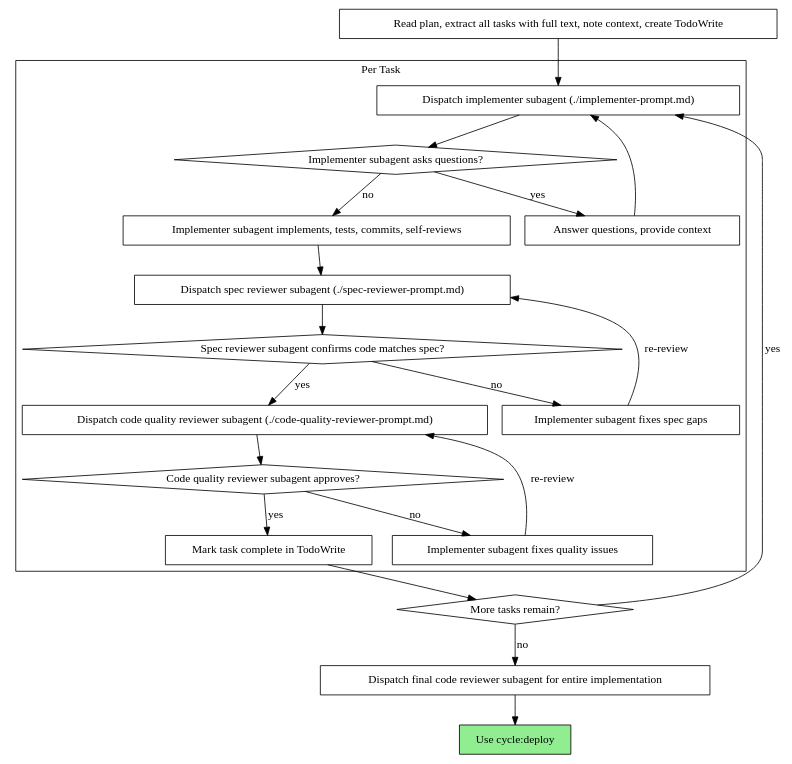
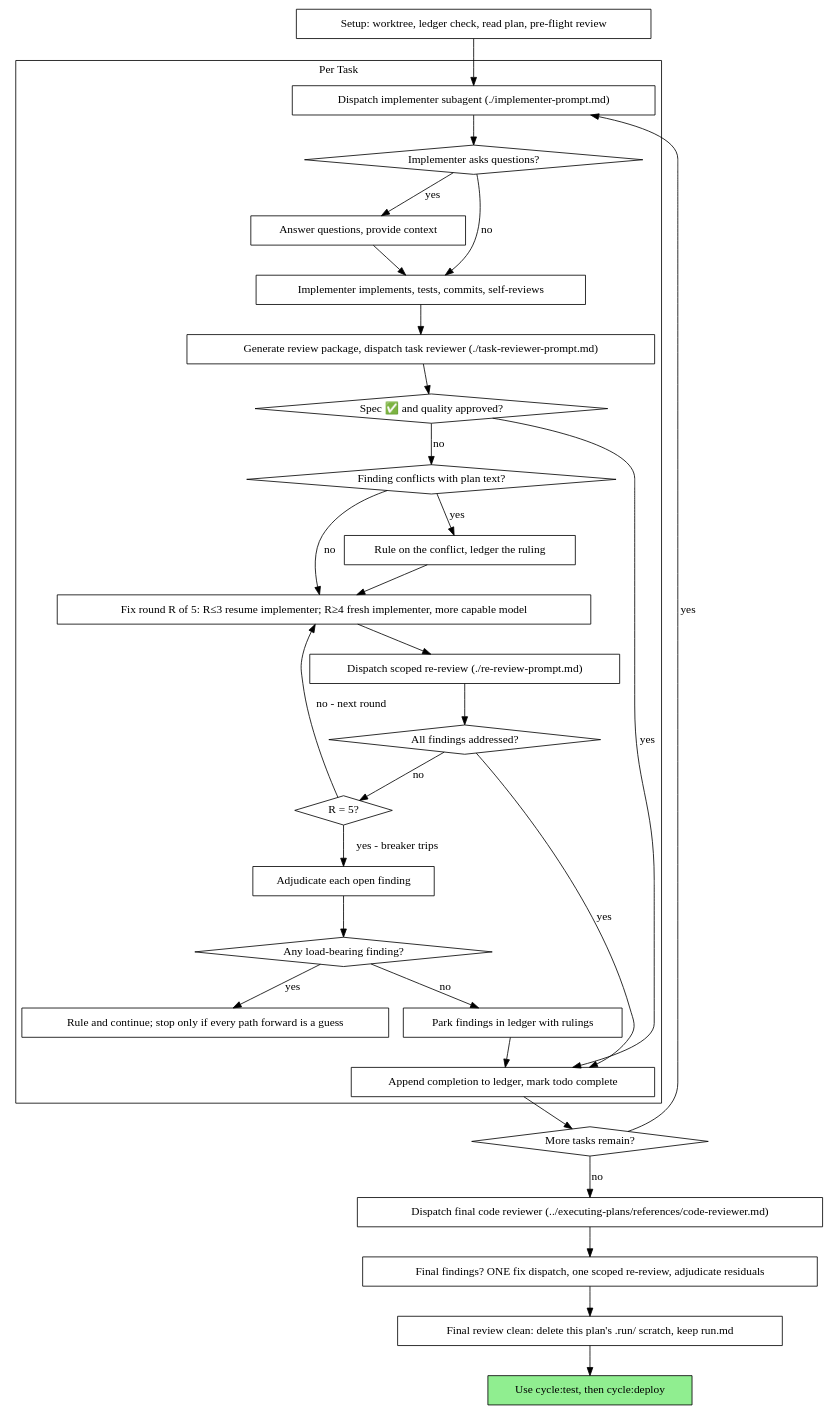
The second of 2 diagrams in skills/subagent-driven-development/SKILL.md (guiloureiromkt/cycle-engineering), drawn with Graphviz before and after one commit. The commit also changed other lines of this file and 24 other files, not shown here.

First line of the commit message:
cycle 0.8.0: an accepted plan runs to the end unattended

````diff
--- a/skills/subagent-driven-development/SKILL.md
+++ b/skills/subagent-driven-development/SKILL.md
@@ -44,44 +83,62 @@
 ```dot
 digraph process {
     rankdir=TB;
 
     subgraph cluster_per_task {
         label="Per Task";
         "Dispatch implementer subagent (./implementer-prompt.md)" [shape=box];
-        "Implementer subagent asks questions?" [shape=diamond];
+        "Implementer asks questions?" [shape=diamond];
         "Answer questions, provide context" [shape=box];
-        "Implementer subagent implements, tests, commits, self-reviews" [shape=box];
-        "Dispatch spec reviewer subagent (./spec-reviewer-prompt.md)" [shape=box];
-        "Spec reviewer subagent confirms code matches spec?" [shape=diamond];
-        "Implementer subagent fixes spec gaps" [shape=box];
-        "Dispatch code quality reviewer subagent (./code-quality-reviewer-prompt.md)" [shape=box];
-        "Code quality reviewer subagent approves?" [shape=diamond];
-        "Implementer subagent fixes quality issues" [shape=box];
-        "Mark task complete in TodoWrite" [shape=box];
+        "Implementer implements, tests, commits, self-reviews" [shape=box];
+        "Generate review package, dispatch task reviewer (./task-reviewer-prompt.md)" [shape=box];
+        "Spec ✅ and quality approved?" [shape=diamond];
+        "Finding conflicts with plan text?" [shape=diamond];
+        "Rule on the conflict, ledger the ruling" [shape=box];
+        "Fix round R of 5: R≤3 resume implementer; R≥4 fresh implementer, more capable model" [shape=box];
+        "Dispatch scoped re-review (./re-review-prompt.md)" [shape=box];
+        "All findings addressed?" [shape=diamond];
+        "R = 5?" [shape=diamond];
+        "Adjudicate each open finding" [shape=box];
+        "Any load-bearing finding?" [shape=diamond];
+        "Rule and continue; stop only if every path forward is a guess" [shape=box];
+        "Park findings in ledger with rulings" [shape=box];
+        "Append completion to ledger, mark todo complete" [shape=box];
     }
 
-    "Read plan, extract all tasks with full text, note context, create TodoWrite" [shape=box];
+    "Setup: worktree, ledger check, read plan, pre-flight review" [shape=box];
     "More tasks remain?" [shape=diamond];
-    "Dispatch final code reviewer subagent for entire implementation" [shape=box];
-    "Use cycle:deploy" [shape=box style=filled fillcolor=lightgreen];
+    "Dispatch final code reviewer (../executing-plans/references/code-reviewer.md)" [shape=box];
+    "Final findings? ONE fix dispatch, one scoped re-review, adjudicate residuals" [shape=box];
+    "Final review clean: delete this plan's .run/ scratch, keep run.md" [shape=box];
+    "Use cycle:test, then cycle:deploy" [shape=box style=filled fillcolor=lightgreen];
 
-    "Read plan, extract all tasks with full text, note context, create TodoWrite" -> "Dispatch implementer subagent (./implementer-prompt.md)";
-    "Dispatch implementer subagent (./implementer-prompt.md)" -> "Implementer subagent asks questions?";
-    "Implementer subagent asks questions?" -> "Answer questions, provide context" [label="yes"];
-    "Answer questions, provide context" -> "Dispatch implementer subagent (./implementer-prompt.md)";
-    "Implementer subagent asks questions?" -> "Implementer subagent implements, tests, commits, self-reviews" [label="no"];
-    "Implementer subagent implements, tests, commits, self-reviews" -> "Dispatch spec reviewer subagent (./spec-reviewer-prompt.md)";
-    "Dispatch spec reviewer subagent (./spec-reviewer-prompt.md)" -> "Spec reviewer subagent confirms code matches spec?";
-    "Spec reviewer subagent confirms code matches spec?" -> "Implementer subagent fixes spec gaps" [label="no"];
-    "Implementer subagent fixes spec gaps" -> "Dispatch spec reviewer subagent (./spec-reviewer-prompt.md)" [label="re-review"];
-    "Spec reviewer subagent confirms code matches spec?" -> "Dispatch code quality reviewer subagent (./code-quality-reviewer-prompt.md)" [label="yes"];
-    "Dispatch code quality reviewer subagent (./code-quality-reviewer-prompt.md)" -> "Code quality reviewer subagent approves?";
-    "Code quality reviewer subagent approves?" -> "Implementer subagent fixes quality issues" [label="no"];
-    "Implementer subagent fixes quality issues" -> "Dispatch code quality reviewer subagent (./code-quality-reviewer-prompt.md)" [label="re-review"];
-    "Code quality reviewer subagent approves?" -> "Mark task complete in TodoWrite" [label="yes"];
-    "Mark task complete in TodoWrite" -> "More tasks remain?";
+    "Setup: worktree, ledger check, read plan, pre-flight review" -> "Dispatch implementer subagent (./implementer-prompt.md)";
+    "Dispatch implementer subagent (./implementer-prompt.md)" -> "Implementer asks questions?";
+    "Implementer asks questions?" -> "Answer questions, provide context" [label="yes"];
+    "Answer questions, provide context" -> "Implementer implements, tests, commits, self-reviews";
+    "Implementer asks questions?" -> "Implementer implements, tests, commits, self-reviews" [label="no"];
+    "Implementer implements, tests, commits, self-reviews" -> "Generate review package, dispatch task reviewer (./task-reviewer-prompt.md)";
+    "Generate review package, dispatch task reviewer (./task-reviewer-prompt.md)" -> "Spec ✅ and quality approved?";
+    "Spec ✅ and quality approved?" -> "Append completion to ledger, mark todo complete" [label="yes"];
+    "Spec ✅ and quality approved?" -> "Finding conflicts with plan text?" [label="no"];
+    "Finding conflicts with plan text?" -> "Rule on the conflict, ledger the ruling" [label="yes"];
+    "Rule on the conflict, ledger the ruling" -> "Fix round R of 5: R≤3 resume implementer; R≥4 fresh implementer, more capable model";
+    "Finding conflicts with plan text?" -> "Fix round R of 5: R≤3 resume implementer; R≥4 fresh implementer, more capable model" [label="no"];
+    "Fix round R of 5: R≤3 resume implementer; R≥4 fresh implementer, more capable model" -> "Dispatch scoped re-review (./re-review-prompt.md)";
+    "Dispatch scoped re-review (./re-review-prompt.md)" -> "All findings addressed?";
+    "All findings addressed?" -> "Append completion to ledger, mark todo complete" [label="yes"];
+    "All findings addressed?" -> "R = 5?" [label="no"];
+    "R = 5?" -> "Fix round R of 5: R≤3 resume implementer; R≥4 fresh implementer, more capable model" [label="no - next round"];
+    "R = 5?" -> "Adjudicate each open finding" [label="yes - breaker trips"];
+    "Adjudicate each open finding" -> "Any load-bearing finding?";
+    "Any load-bearing finding?" -> "Rule and continue; stop only if every path forward is a guess" [label="yes"];
+    "Any load-bearing finding?" -> "Park findings in ledger with rulings" [label="no"];
+    "Park findings in ledger with rulings" -> "Append completion to ledger, mark todo complete";
+    "Append completion to ledger, mark todo complete" -> "More tasks remain?";
     "More tasks remain?" -> "Dispatch implementer subagent (./implementer-prompt.md)" [label="yes"];
-    "More tasks remain?" -> "Dispatch final code reviewer subagent for entire implementation" [label="no"];
-    "Dispatch final code reviewer subagent for entire implementation" -> "Use cycle:deploy";
+    "More tasks remain?" -> "Dispatch final code reviewer (../executing-plans/references/code-reviewer.md)" [label="no"];
+    "Dispatch final code reviewer (../executing-plans/references/code-reviewer.md)" -> "Final findings? ONE fix dispatch, one scoped re-review, adjudicate residuals";
+    "Final findings? ONE fix dispatch, one scoped re-review, adjudicate residuals" -> "Final review clean: delete this plan's .run/ scratch, keep run.md";
+    "Final review clean: delete this plan's .run/ scratch, keep run.md" -> "Use cycle:test, then cycle:deploy";
 }
 ```
````
